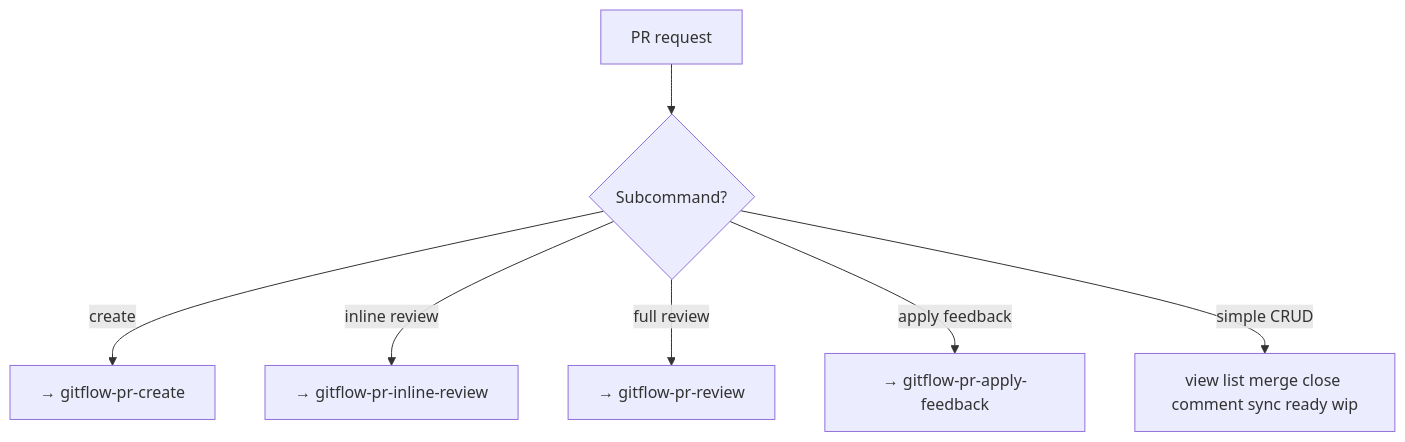
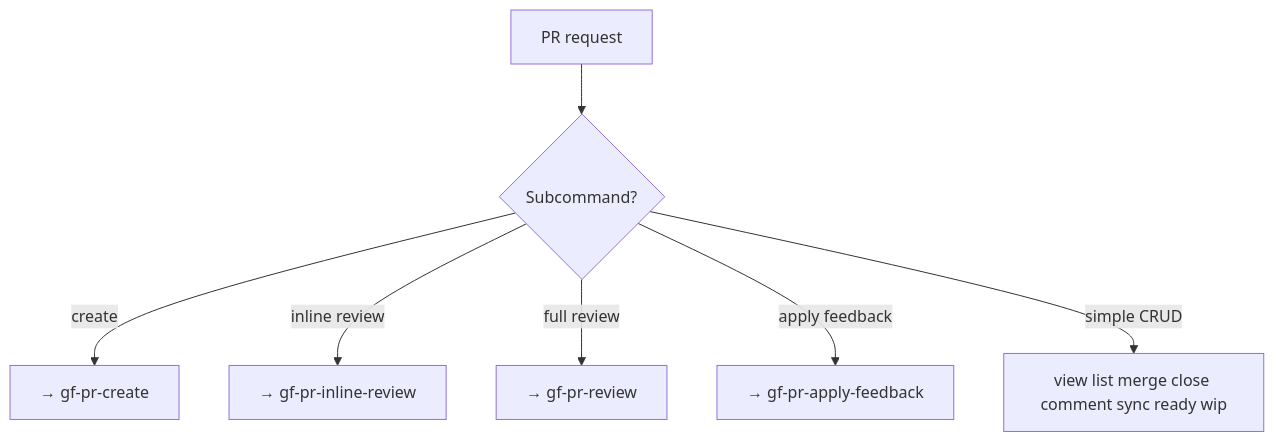
Before and after one commit to byx-darwin/gitflow-cli: the diagram in skills/gf-pr/SKILL.md, drawn with Mermaid. The commit also changed other lines of this file and 146 other files, not shown here.

````diff
--- a/skills/gf-pr/SKILL.md
+++ b/skills/gf-pr/SKILL.md
@@ -27,9 +27,9 @@
 ```mermaid
 flowchart TD
   U[PR request] --> CMD{Subcommand?}
-  CMD -->|create| CR[→ gitflow-pr-create]
-  CMD -->|inline review| IR[→ gitflow-pr-inline-review]
-  CMD -->|full review| FR[→ gitflow-pr-review]
-  CMD -->|apply feedback| AF[→ gitflow-pr-apply-feedback]
+  CMD -->|create| CR[→ gf-pr-create]
+  CMD -->|inline review| IR[→ gf-pr-inline-review]
+  CMD -->|full review| FR[→ gf-pr-review]
+  CMD -->|apply feedback| AF[→ gf-pr-apply-feedback]
   CMD -->|simple CRUD| RUN[view list merge close comment sync ready wip]
 ```
````
